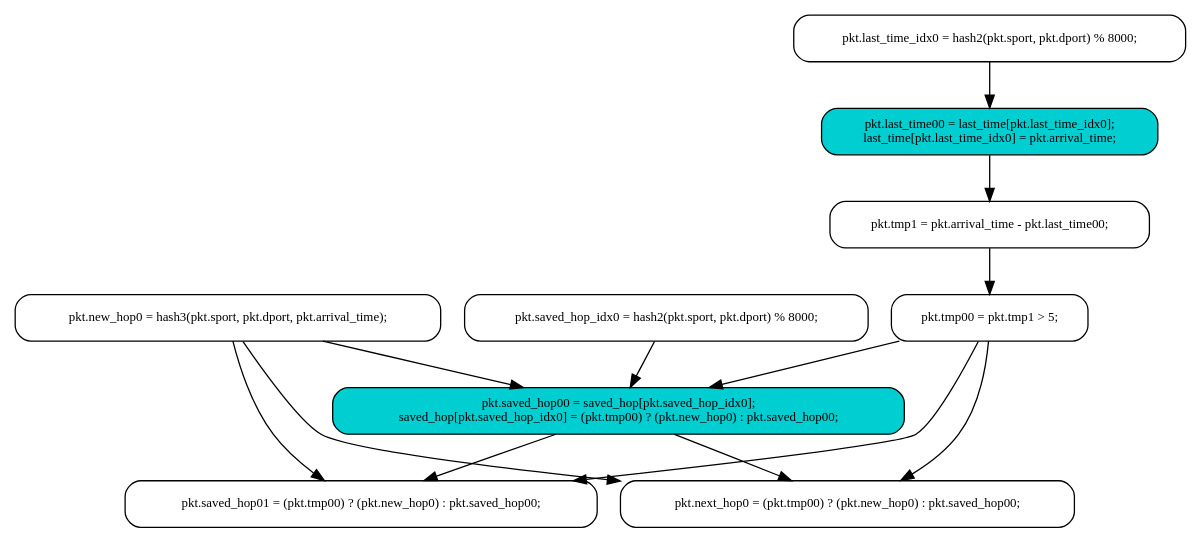
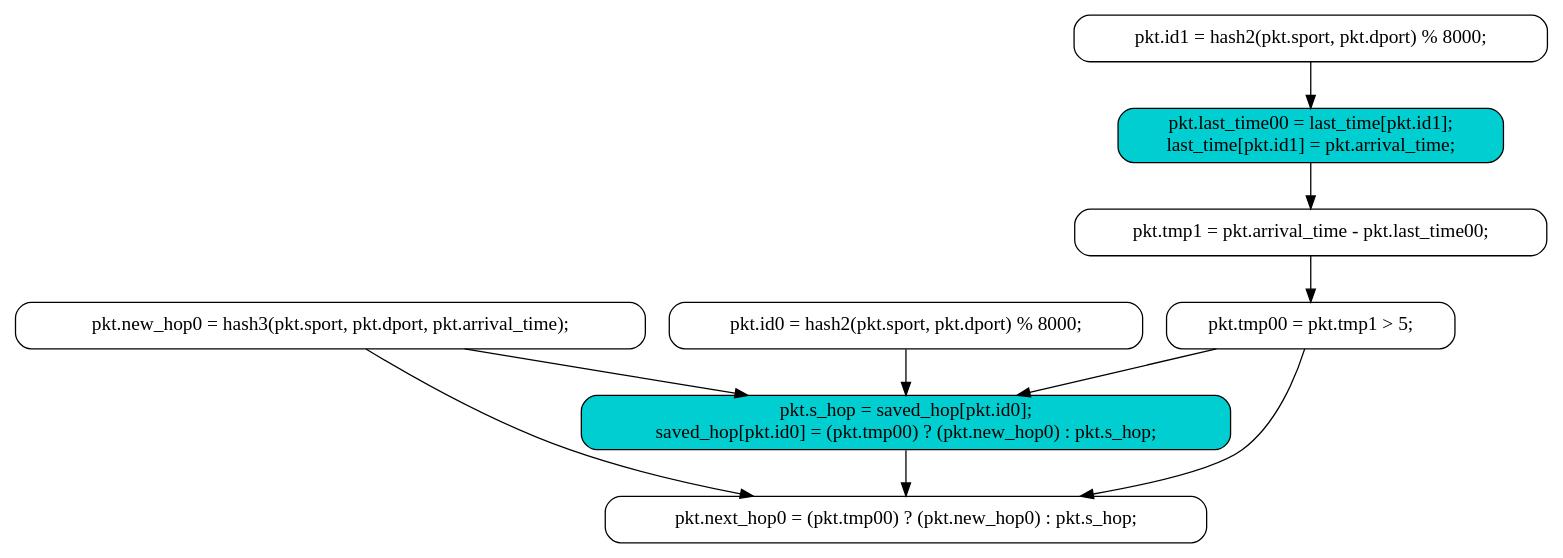
The diagram in pipe.dot (evelinad/domino-paper), drawn with Graphviz before and after one commit.

Commit message:
Simplify for illustration

```diff
--- a/pipe.dot
+++ b/pipe.dot
@@ -1,57 +1,50 @@
 digraph pipeline_diagram {
 	graph [splines=true];
-	node [fontsize=10,
+	node [fontsize=15,
 		shape=box,
 		style="rounded,filled"
 	];
 	17026276795536135580	 [fillcolor=white,
-		label="pkt.saved_hop_idx0 = hash2(pkt.sport, pkt.dport) % 8000;
+		label="pkt.id0 = hash2(pkt.sport, pkt.dport) % 8000;
 ",
 		pos="0,0"];
 	1888421132967276013	 [fillcolor=darkturquoise,
-		label="pkt.saved_hop00 = saved_hop[pkt.saved_hop_idx0];
-saved_hop[pkt.saved_hop_idx0] = (pkt.tmp00) ? (pkt.new_hop0) : pkt.saved_hop00;
+		label="pkt.s_hop = saved_hop[pkt.id0];
+saved_hop[pkt.id0] = (pkt.tmp00) ? (pkt.new_hop0) : pkt.s_hop;
 ",
 		pos="1000,75"];
 	17026276795536135580 -> 1888421132967276013;
 	14189279844170092958	 [fillcolor=white,
-		label="pkt.last_time_idx0 = hash2(pkt.sport, pkt.dport) % 8000;
+		label="pkt.id1 = hash2(pkt.sport, pkt.dport) % 8000;
 ",
 		pos="0,75"];
 	12446252659599601705	 [fillcolor=darkturquoise,
-		label="pkt.last_time00 = last_time[pkt.last_time_idx0];
-last_time[pkt.last_time_idx0] = pkt.arrival_time;
+		label="pkt.last_time00 = last_time[pkt.id1];
+last_time[pkt.id1] = pkt.arrival_time;
 ",
 		pos="250,0"];
 	14189279844170092958 -> 12446252659599601705;
 	2099629598090192900	 [fillcolor=white,
 		label="pkt.new_hop0 = hash3(pkt.sport, pkt.dport, pkt.arrival_time);
 ",
 		pos="0,150"];
 	2099629598090192900 -> 1888421132967276013;
-	3288852826486989562	 [fillcolor=white,
-		label="pkt.saved_hop01 = (pkt.tmp00) ? (pkt.new_hop0) : pkt.saved_hop00;
-",
-		pos="1300,0"];
-	2099629598090192900 -> 3288852826486989562;
 	6102173050205819670	 [fillcolor=white,
-		label="pkt.next_hop0 = (pkt.tmp00) ? (pkt.new_hop0) : pkt.saved_hop00;
+		label="pkt.next_hop0 = (pkt.tmp00) ? (pkt.new_hop0) : pkt.s_hop;
 ",
 		pos="1300,150"];
 	2099629598090192900 -> 6102173050205819670;
 	16881394305680060328	 [fillcolor=white,
 		label="pkt.tmp1 = pkt.arrival_time - pkt.last_time00;
 ",
 		pos="500,0"];
 	12446252659599601705 -> 16881394305680060328;
 	7814081429072624425	 [fillcolor=white,
 		label="pkt.tmp00 = pkt.tmp1 > 5;
 ",
 		pos="750,0"];
 	16881394305680060328 -> 7814081429072624425;
 	7814081429072624425 -> 1888421132967276013;
-	7814081429072624425 -> 3288852826486989562;
 	7814081429072624425 -> 6102173050205819670;
-	1888421132967276013 -> 3288852826486989562;
 	1888421132967276013 -> 6102173050205819670;
 }
```
